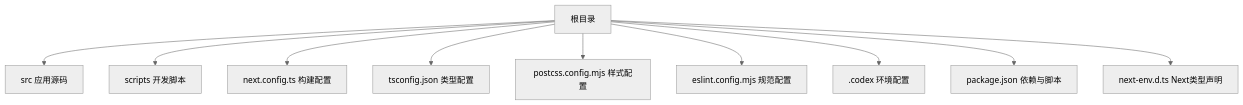
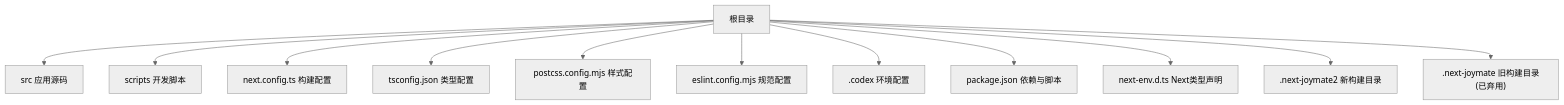
The first of 5 diagrams in .qoder/repowiki/zh/content/部署与运维.md (Jason-6300/JoyMate), drawn with Mermaid (neutral theme) before and after one commit. The commit also changed other lines of this file and 7 other files, not shown here.

````diff
--- a/.qoder/repowiki/zh/content/部署与运维.md
+++ b/.qoder/repowiki/zh/content/部署与运维.md
@@ -35,12 +42,14 @@
 ```mermaid
 graph TB
 A["根目录"] --> B["src 应用源码"]
 A --> C["scripts 开发脚本"]
 A --> D["next.config.ts 构建配置"]
 A --> E["tsconfig.json 类型配置"]
 A --> F["postcss.config.mjs 样式配置"]
 A --> G["eslint.config.mjs 规范配置"]
 A --> H[".codex 环境配置"]
 A --> I["package.json 依赖与脚本"]
 A --> J["next-env.d.ts Next类型声明"]
+A --> K[".next-joymate2 新构建目录"]
+A --> L[".next-joymate 旧构建目录(已弃用)"]
 ```
````
